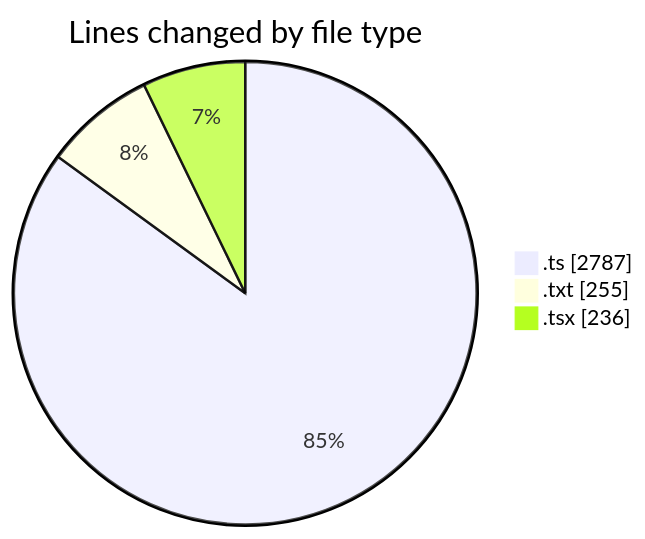
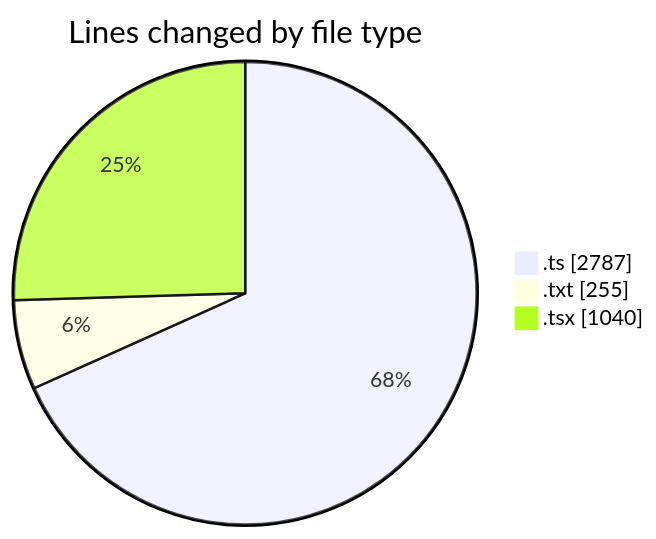
One commit to lephambinh05/code-tracking changed the first of 2 diagrams in 2025-09-14/hiai-phf/README.md. Above: the diagram before and after it, drawn with Mermaid. The commit also changed other lines of this file and 1 other file, not shown here.

````diff
--- a/2025-09-14/hiai-phf/README.md
+++ b/2025-09-14/hiai-phf/README.md
@@ -32,7 +34,7 @@
 ```mermaid
 pie showData
 title Lines changed by file type
 ".ts" : 2787
 ".txt" : 255
-".tsx" : 236
+".tsx" : 1040
 ```
````
